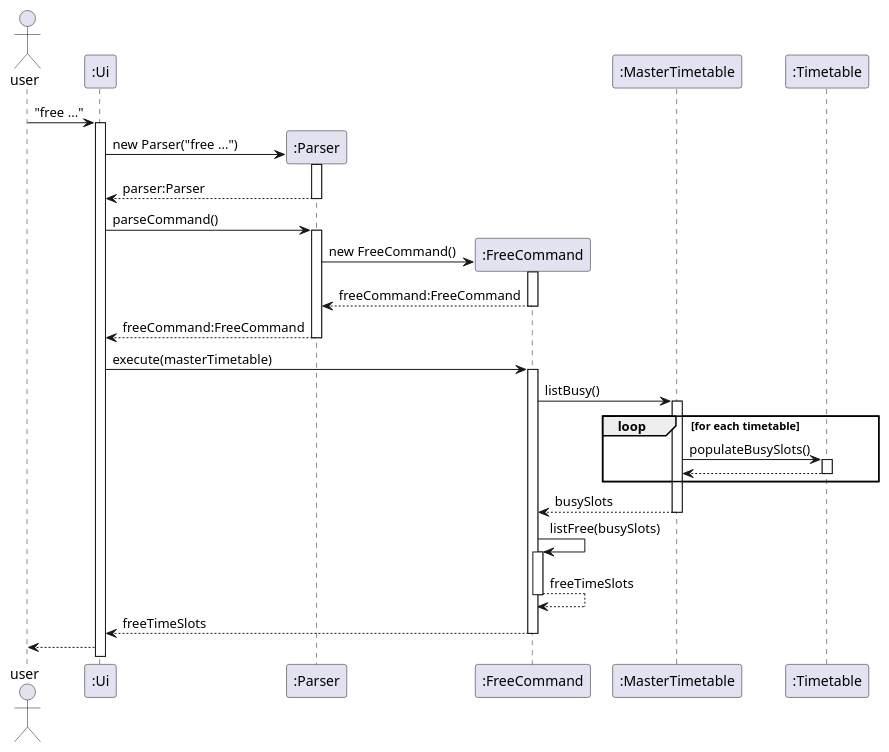
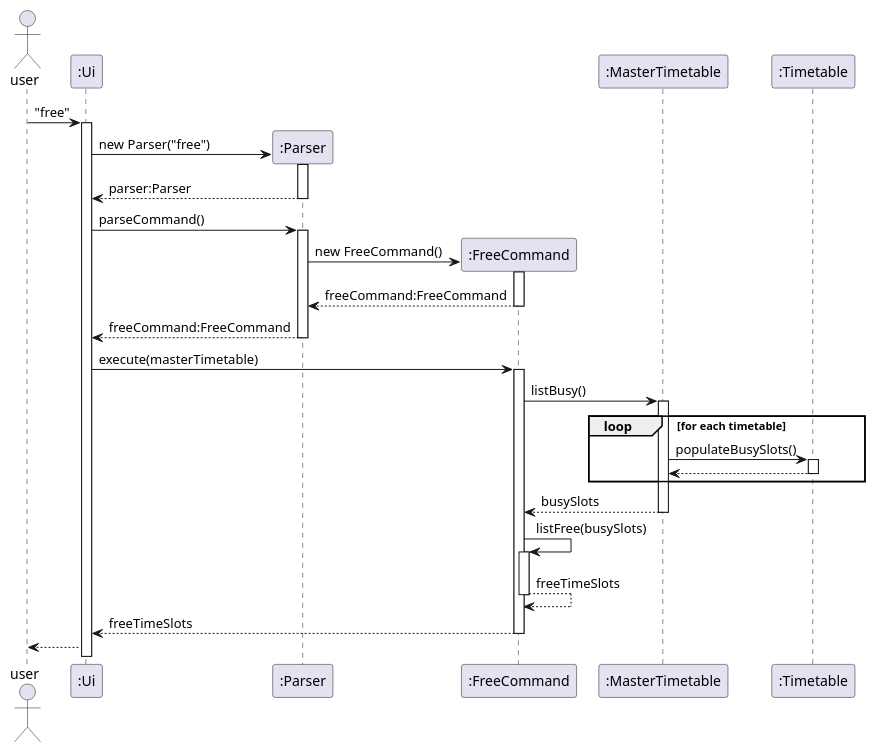
Before and after one commit to nus-cs2113-AY2122S2/tp: the diagram in docs/diagrams/FreeCommandSequenceDiagram.puml, drawn with PlantUML. The commit also changed 1 other file, not shown here.

Commit message:
Edit free command sequence diagram

```diff
--- a/docs/diagrams/FreeCommandSequenceDiagram.puml
+++ b/docs/diagrams/FreeCommandSequenceDiagram.puml
@@ -1,24 +1,24 @@
 @startuml
 actor user
 
-user -> ":Ui" ++ : "free ..."
+user -> ":Ui" ++ : "free"
 create ":Parser"
-":Ui" -> ":Parser" ++: new Parser("free ...")
+":Ui" -> ":Parser" ++: new Parser("free")
 ":Parser" --> ":Ui" --: parser:Parser
 ":Ui" -> ":Parser" ++: parseCommand()
 create ":FreeCommand"
 ":Parser" -> ":FreeCommand" ++: new FreeCommand()
 ":FreeCommand" --> ":Parser" --: freeCommand:FreeCommand
 ":Parser" --> ":Ui" --: freeCommand:FreeCommand
 ":Ui" -> ":FreeCommand" ++: execute(masterTimetable)
 ":FreeCommand" -> ":MasterTimetable" ++: listBusy()
 loop for each timetable
 ":MasterTimetable" -> ":Timetable" ++: populateBusySlots()
 ":Timetable" --> ":MasterTimetable" --
 end
 ":MasterTimetable" --> ":FreeCommand" --: busySlots
 ":FreeCommand" -> ":FreeCommand"++: listFree(busySlots)
 ":FreeCommand" --> ":FreeCommand"--: freeTimeSlots
 ":FreeCommand" --> ":Ui" --: freeTimeSlots
 ":Ui" --> user
 @enduml
```
